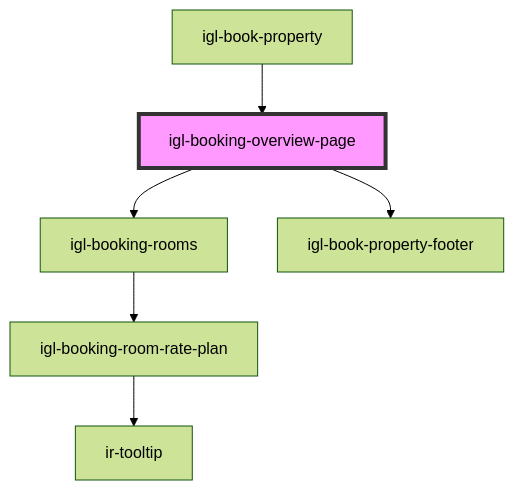
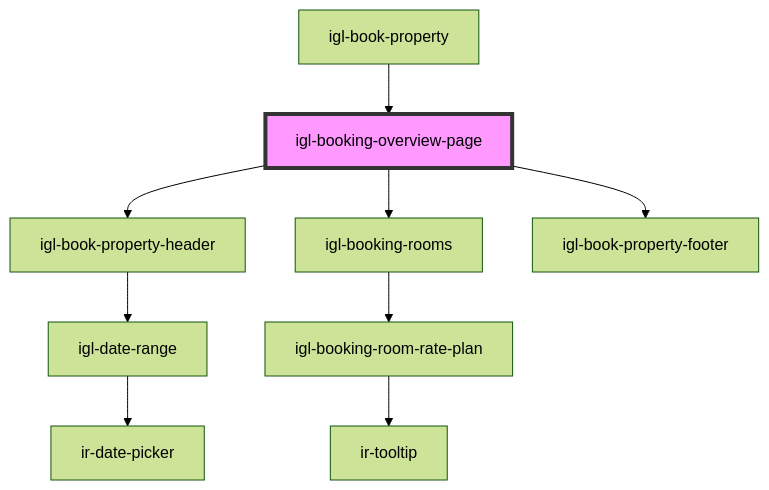
One commit to David1Chowaifaty/modified-ir-webcmp changed the diagram in src/components/igloo-calendar/igl-book-property/igl-booking-overview-page/readme.md. Above: the diagram before and after it, drawn with Mermaid (forest theme). The commit also changed other lines of this file and 8 other files, not shown here.

````diff
--- a/src/components/igloo-calendar/igl-book-property/igl-booking-overview-page/readme.md
+++ b/src/components/igloo-calendar/igl-book-property/igl-booking-overview-page/readme.md
@@ -43,9 +46,12 @@
 ```mermaid
 graph TD;
+  igl-booking-overview-page --> igl-book-property-header
   igl-booking-overview-page --> igl-booking-rooms
   igl-booking-overview-page --> igl-book-property-footer
+  igl-book-property-header --> igl-date-range
+  igl-date-range --> ir-date-picker
   igl-booking-rooms --> igl-booking-room-rate-plan
   igl-booking-room-rate-plan --> ir-tooltip
   igl-book-property --> igl-booking-overview-page
   style igl-booking-overview-page fill:#f9f,stroke:#333,stroke-width:4px
 ```
````
